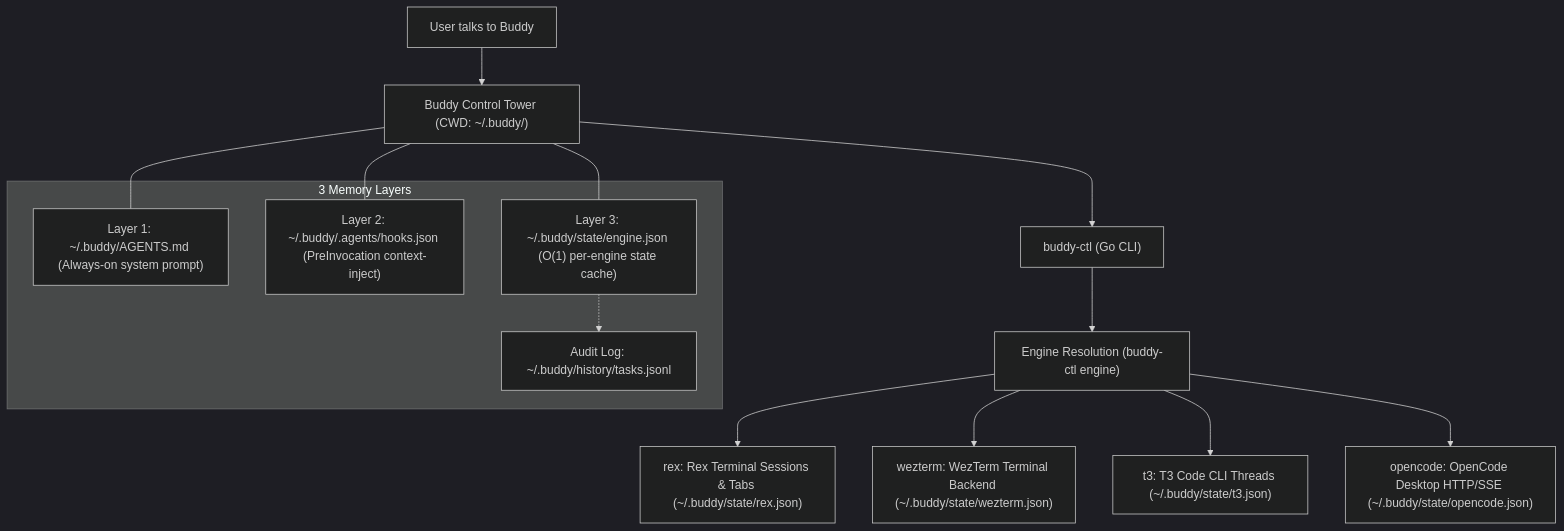
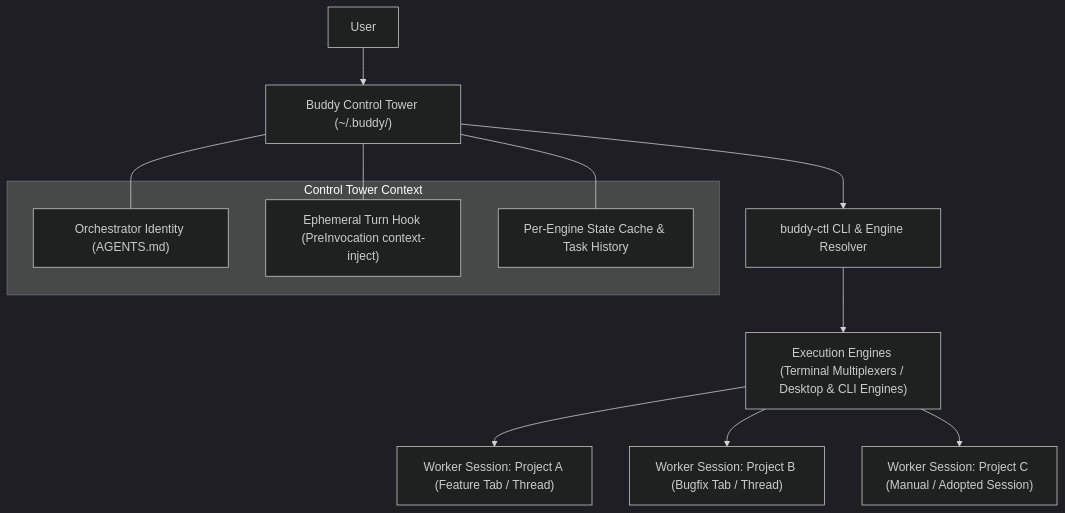
Before and after one commit to tortoise10h/buddy: the first of 2 diagrams in README.md, drawn with Mermaid (dark theme). The commit also changed other lines of this file and 1 other file, not shown here.

Commit message:
docs: restructure README for new users and add Buddy icon

````diff
--- a/README.md
+++ b/README.md
@@ -21,24 +146,20 @@
 ```mermaid
 flowchart TD
-    User["User talks to Buddy"] --> Tower["Buddy Control Tower (CWD: ~/.buddy/)"]
+    User["User"] --> Tower["Buddy Control Tower (~/.buddy/)"]
 
-    subgraph Memory["3 Memory Layers"]
-        L1["Layer 1: ~/.buddy/AGENTS.md (Always-on system prompt)"]
-        L2["Layer 2: ~/.buddy/.agents/hooks.json (PreInvocation context-inject)"]
-        L3["Layer 3: ~/.buddy/state/engine.json (O(1) per-engine state cache)"]
-        Hist["Audit Log: ~/.buddy/history/tasks.jsonl"]
+    subgraph Context["Control Tower Context"]
+        Identity["Orchestrator Identity (AGENTS.md)"]
+        Hook["Ephemeral Turn Hook (PreInvocation context-inject)"]
+        Cache["Per-Engine State Cache & Task History"]
     end
 
-    Tower --- L1
-    Tower --- L2
-    Tower --- L3
-    L3 -.-> Hist
+    Tower --- Identity
+    Tower --- Hook
+    Tower --- Cache
 
-    Tower --> CTL["buddy-ctl (Go CLI)"]
-    CTL --> Resolver["Engine Resolution (buddy-ctl engine)"]
-
-    Resolver --> Rex["rex: Rex Terminal Sessions & Tabs (~/.buddy/state/rex.json)"]
-    Resolver --> WezTerm["wezterm: WezTerm Terminal Backend (~/.buddy/state/wezterm.json)"]
-    Resolver --> T3["t3: T3 Code CLI Threads (~/.buddy/state/t3.json)"]
-    Resolver --> OpenCode["opencode: OpenCode Desktop HTTP/SSE (~/.buddy/state/opencode.json)"]
+    Tower --> CLI["buddy-ctl CLI & Engine Resolver"]
+    CLI --> Engines["Execution Engines (Terminal Multiplexers / Desktop & CLI Engines)"]
+    Engines --> W1["Worker Session: Project A (Feature Tab / Thread)"]
+    Engines --> W2["Worker Session: Project B (Bugfix Tab / Thread)"]
+    Engines --> W3["Worker Session: Project C (Manual / Adopted Session)"]
 ```
````
